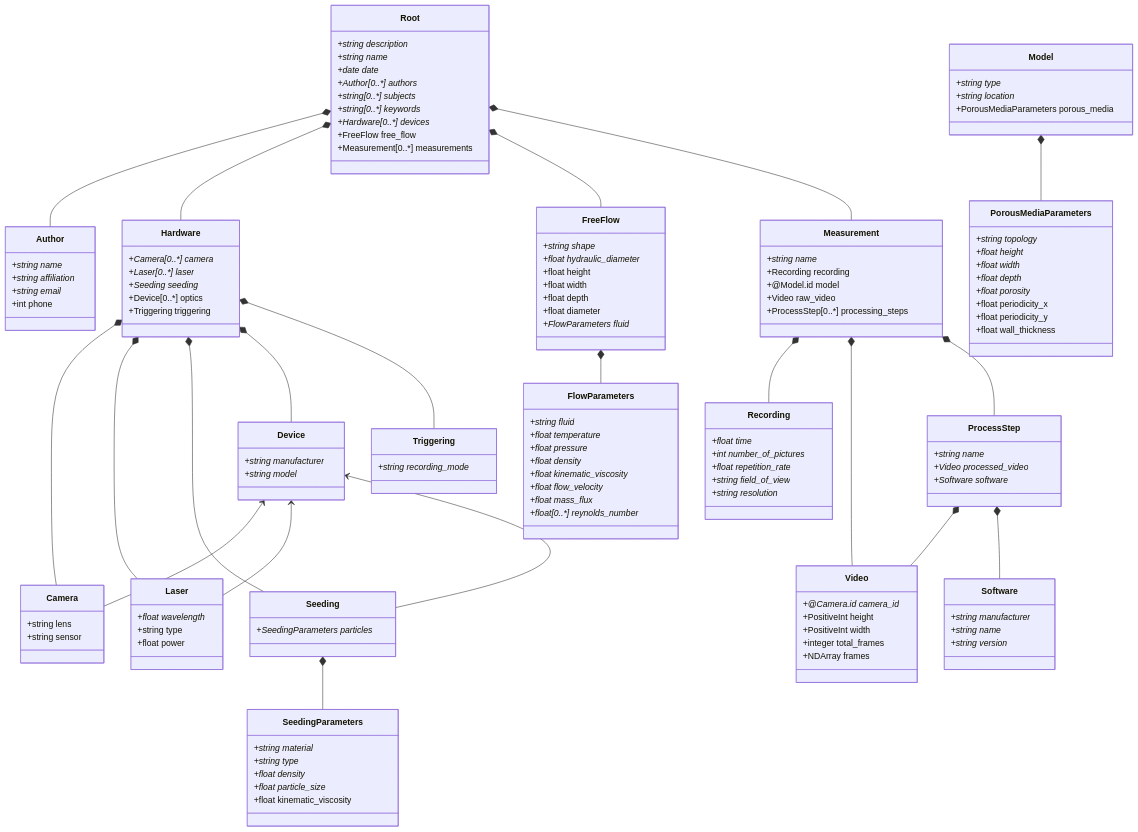
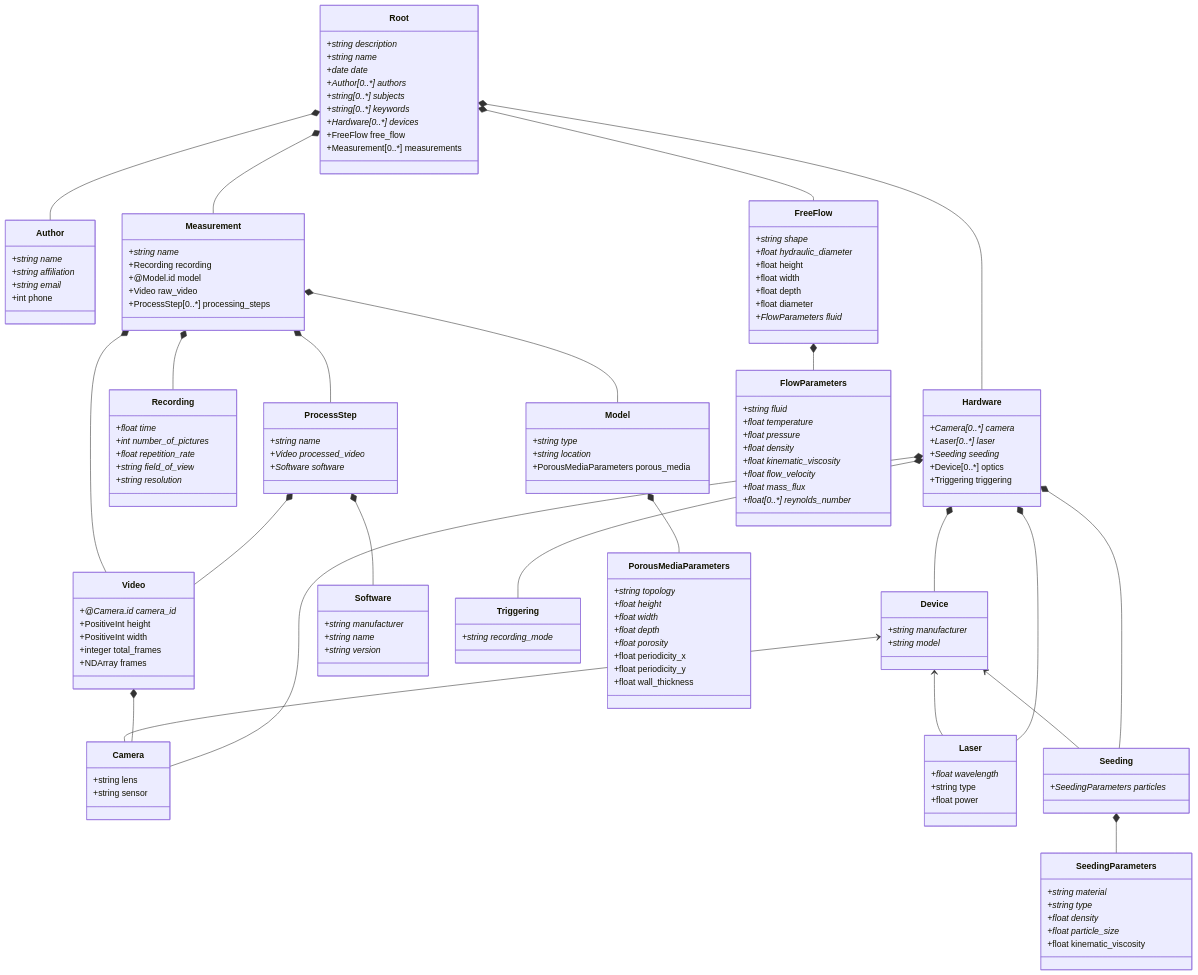
The diagram in PorousPy/schemes/Dataset EXC2075 PN1-3.md (SimTech-Research-Data-Management/porous-media-flow-model), drawn with Mermaid before and after one commit. The commit also changed 19 other files, not shown here.

```diff
--- a/PorousPy/schemes/Dataset EXC2075 PN1-3.md
+++ b/PorousPy/schemes/Dataset EXC2075 PN1-3.md
@@ -8,8 +8,10 @@
     Root *-- FreeFlow
     Root *-- Measurement
     Measurement *-- Recording
+    Measurement *-- Model
     Measurement *-- Video
     Measurement *-- ProcessStep
+    Video *-- Camera
     ProcessStep *-- Video
     ProcessStep *-- Software
     Hardware *-- Camera
```
